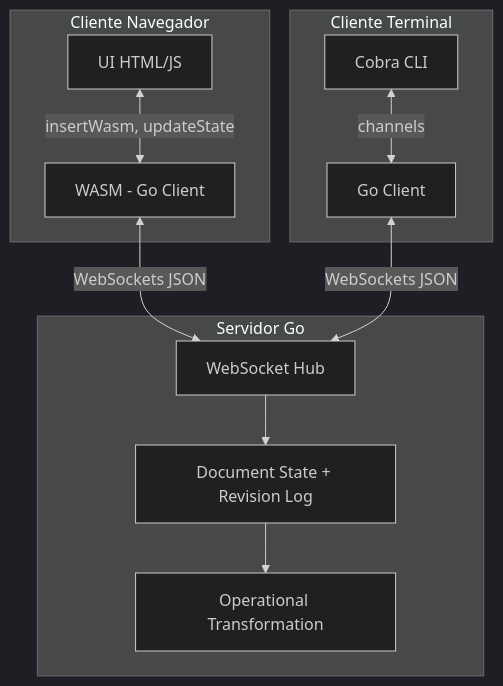
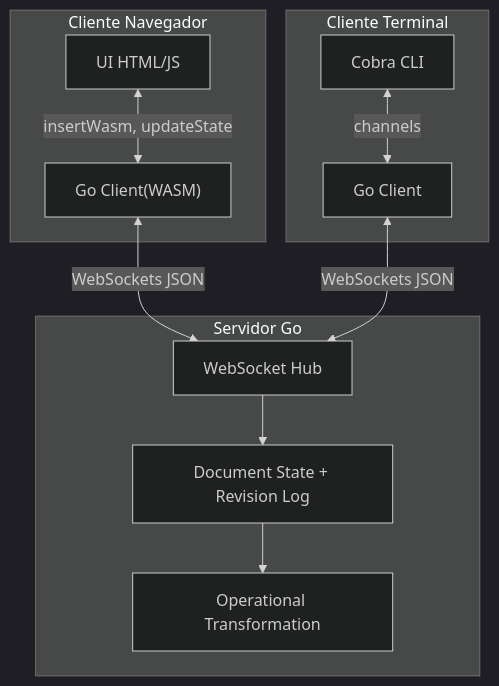
Before and after one commit to nicomercadoo/distributed-editor: the first of 2 diagrams in about.md, drawn with Mermaid (dark theme). The commit also changed 1 other file, not shown here.

Commit message:
doc: graphs.md and about.md

````diff
--- a/about.md
+++ b/about.md
@@ -47,17 +47,17 @@
 ```mermaid
 graph TD
     subgraph Browser [Cliente Navegador]
-        UI[UI HTML/JS] <-->|insertWasm, updateState| WASM[WASM - Go Client]
+        UI[UI HTML/JS] <-->|insertWasm, updateState| WASM["Go Client(WASM)"]
     end
     
     subgraph CLIClient [Cliente Terminal]
         CLI[Cobra CLI] <-->|channels| GoClient[Go Client]
     end
 
     subgraph GoServer [Servidor Go]
         WASM <-->|WebSockets JSON| WShub[WebSocket Hub]
         GoClient <-->|WebSockets JSON| WShub
         WShub --> DocState[Document State + Revision Log]
         DocState --> OT[Operational Transformation]
     end
 ```
````
